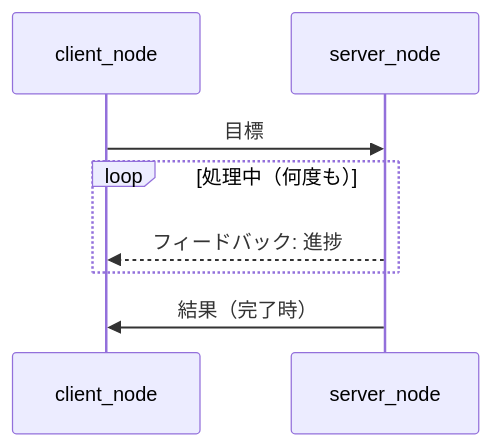
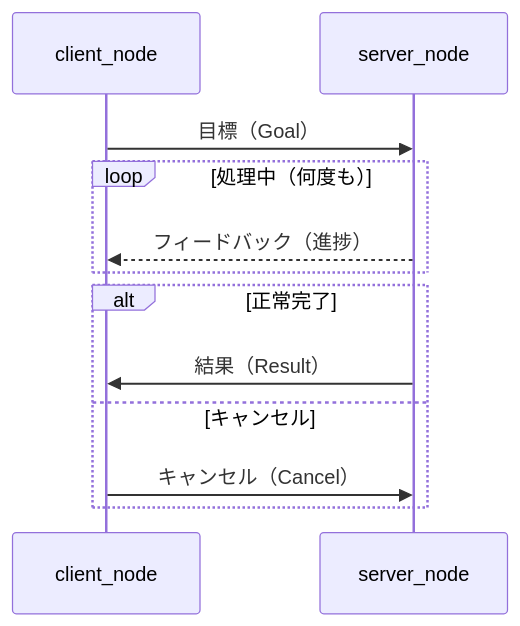
The third of 4 diagrams in docs/01_introduction.md (Harlequinade1123/ros1-tutorials), drawn with Mermaid before and after one commit. The commit also changed other lines of this file, not shown here.

Commit message:
docs: reconstruct Mermaid diagrams in ch.1 for conceptual accuracy

````diff
--- a/docs/01_introduction.md
+++ b/docs/01_introduction.md
@@ -92,8 +93,12 @@
 ```mermaid
 sequenceDiagram
-    client_node->>server_node: 目標
+    client_node->>server_node: 目標（Goal）
     loop 処理中（何度も）
-        server_node-->>client_node: フィードバック: 進捗
+        server_node-->>client_node: フィードバック（進捗）
     end
-    server_node->>client_node: 結果（完了時）
+    alt 正常完了
+        server_node->>client_node: 結果（Result）
+    else キャンセル
+        client_node->>server_node: キャンセル（Cancel）
+    end
 ```
````
